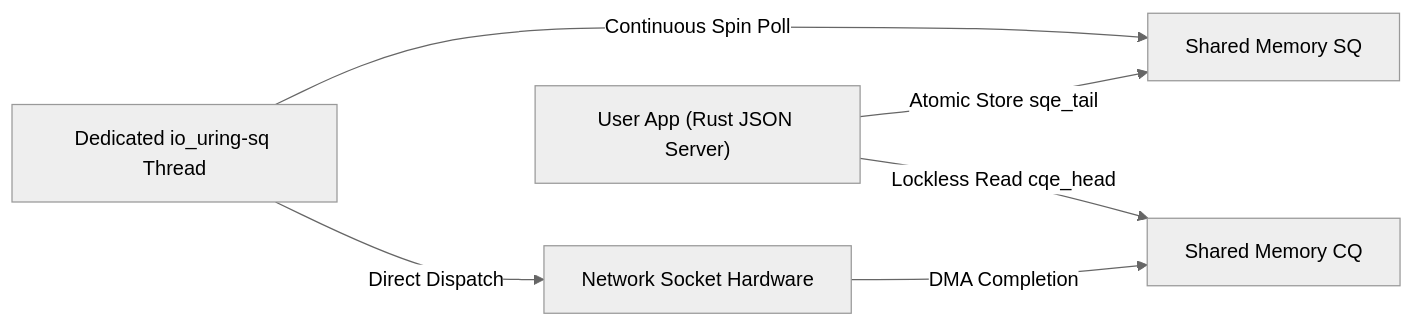
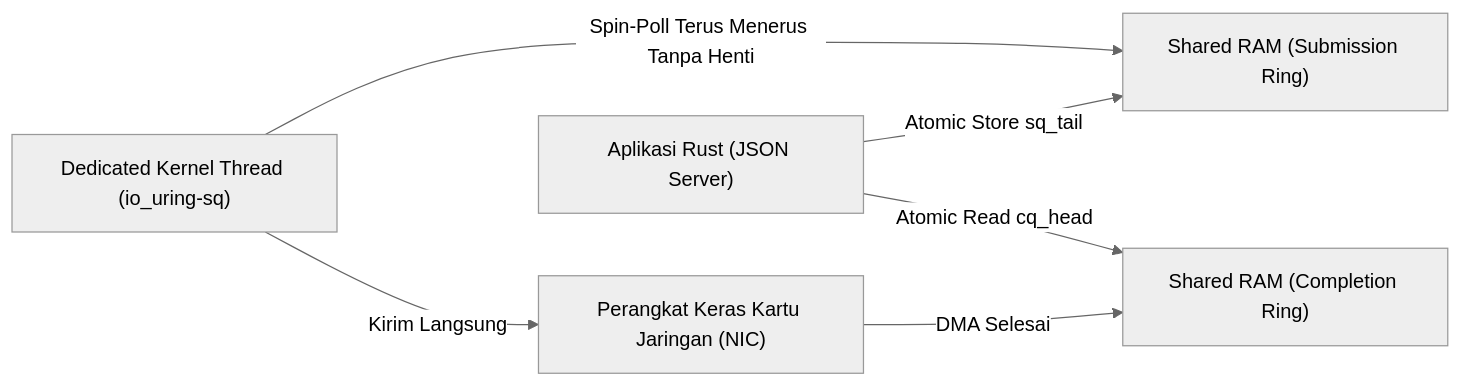
The third of 4 diagrams in examples/rust_io_uring.md (ihkaru/human-gradient-descent), drawn with Mermaid (neutral theme) before and after one commit. The commit also changed other lines of this file and 31 other files, not shown here.

````diff
--- a/examples/rust_io_uring.md
+++ b/examples/rust_io_uring.md
@@ -127,8 +210,8 @@
 ```mermaid
 flowchart LR
-    App["User App (Rust JSON Server)"] -->|Atomic Store sqe_tail| SharedRAM["Shared Memory SQ"]
-    KernelThread["Dedicated io_uring-sq Thread"] -->|Continuous Spin Poll| SharedRAM
-    KernelThread -->|Direct Dispatch| NIC["Network Socket Hardware"]
-    NIC -->|DMA Completion| CQ["Shared Memory CQ"]
-    App -->|Lockless Read cqe_head| CQ
+    App["Aplikasi Rust (JSON Server)"] -->|Atomic Store sq_tail| SharedRAM["Shared RAM (Submission Ring)"]
+    KernelThread["Dedicated Kernel Thread (io_uring-sq)"] -->|Spin-Poll Terus Menerus Tanpa Henti| SharedRAM
+    KernelThread -->|Kirim Langsung| NIC["Perangkat Keras Kartu Jaringan (NIC)"]
+    NIC -->|DMA Selesai| CQ["Shared RAM (Completion Ring)"]
+    App -->|Atomic Read cq_head| CQ
 ```
````
